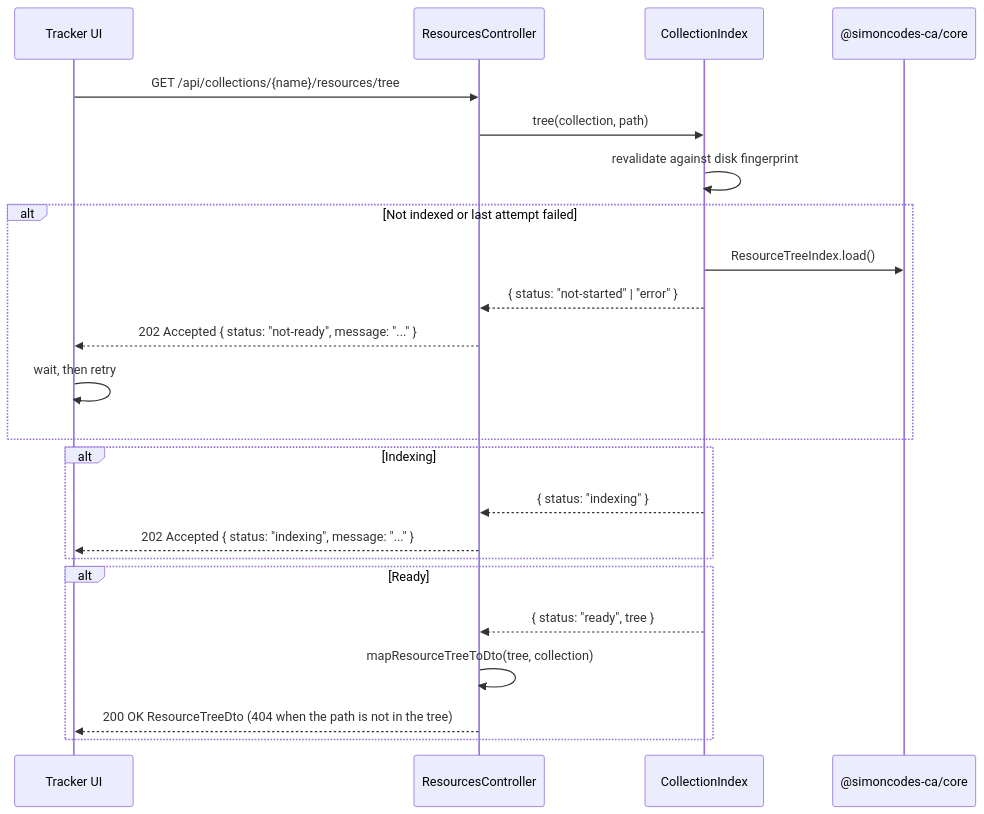
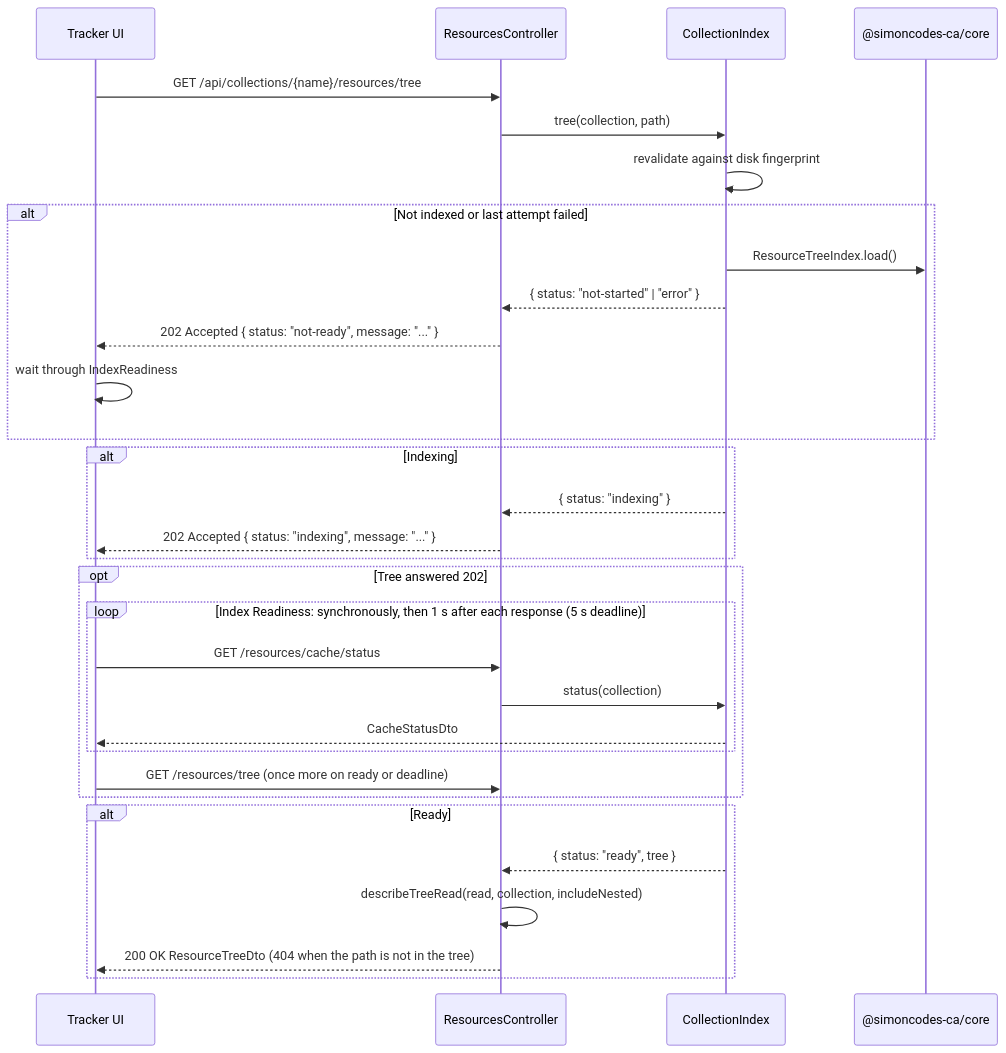
One commit to SimonNodel-AI/lingo-tracker changed the third of 4 diagrams in architecture-docs/api.md. Above: the diagram before and after it, drawn with Mermaid. The commit also changed other lines of this file and 19 other files, not shown here.

First line of the commit message:
refactor(tracker,api): one Index Readiness owns waiting for the Collection Index

````diff
--- a/architecture-docs/api.md
+++ b/architecture-docs/api.md
@@ -344,29 +344,38 @@
 ```mermaid
 sequenceDiagram
     participant UI as Tracker UI
     participant API as ResourcesController
     participant Index as CollectionIndex
     participant Core as @simoncodes-ca/core
 
     UI->>API: GET /api/collections/{name}/resources/tree
     API->>Index: tree(collection, path)
     Index->>Index: revalidate against disk fingerprint
 
     alt Not indexed or last attempt failed
         Index->>Core: ResourceTreeIndex.load()
         Index-->>API: { status: "not-started" | "error" }
         API-->>UI: 202 Accepted { status: "not-ready", message: "..." }
-        UI->>UI: wait, then retry
+        UI->>UI: wait through IndexReadiness
     end
 
     alt Indexing
         Index-->>API: { status: "indexing" }
         API-->>UI: 202 Accepted { status: "indexing", message: "..." }
     end
 
+    opt Tree answered 202
+        loop Index Readiness: synchronously, then 1 s after each response (5 s deadline)
+            UI->>API: GET /resources/cache/status
+            API->>Index: status(collection)
+            Index-->>UI: CacheStatusDto
+        end
+        UI->>API: GET /resources/tree (once more on ready or deadline)
+    end
+
     alt Ready
         Index-->>API: { status: "ready", tree }
-        API->>API: mapResourceTreeToDto(tree, collection)
+        API->>API: describeTreeRead(read, collection, includeNested)
         API-->>UI: 200 OK ResourceTreeDto (404 when the path is not in the tree)
     end
 ```
````
